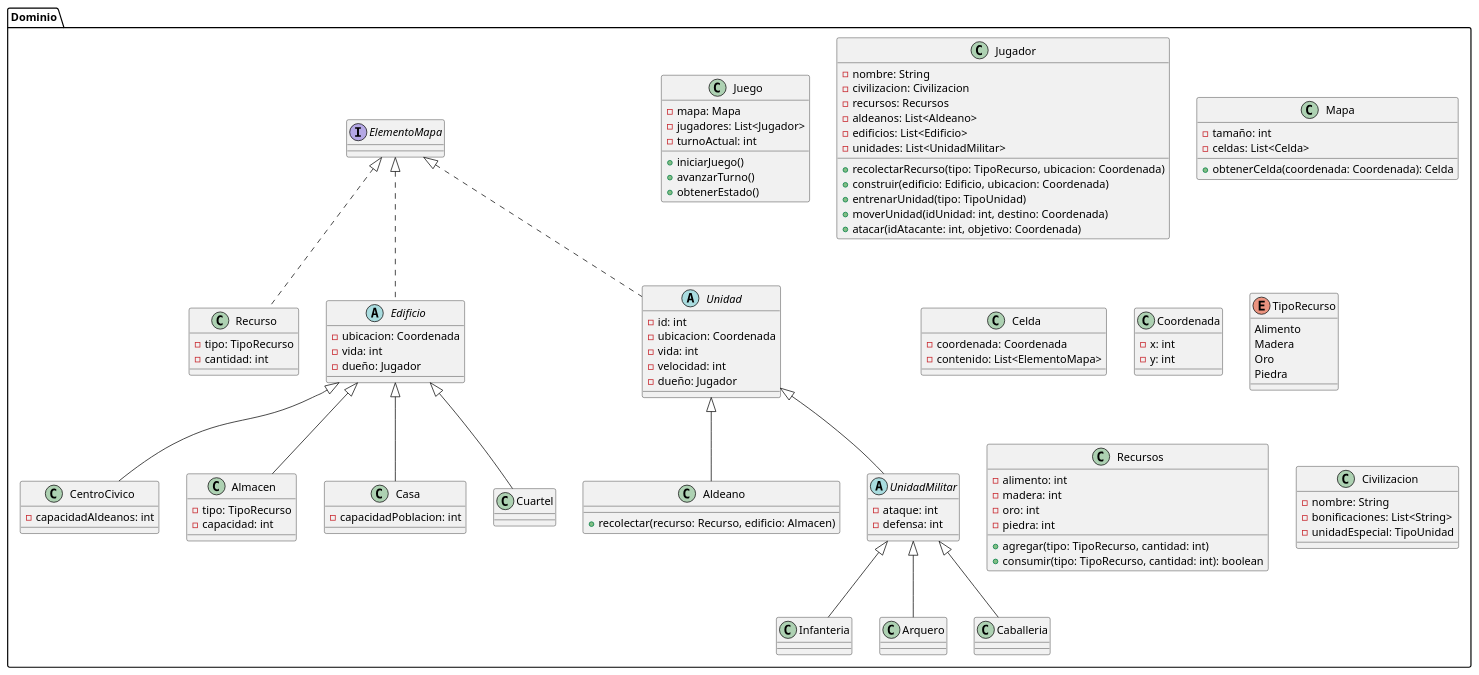
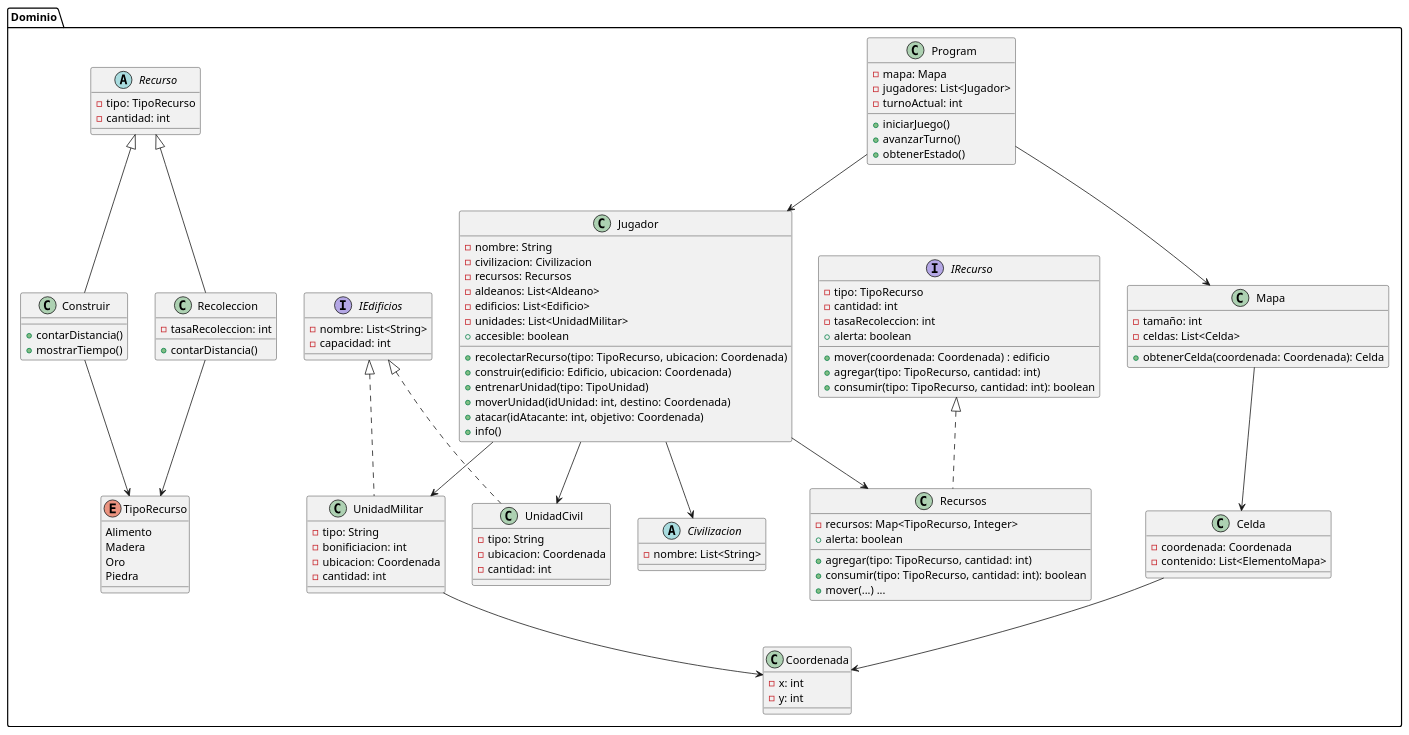
One commit to mcaetano7/proyectop22025 changed the diagram in src/scratch.puml. Above: the diagram before and after it, drawn with PlantUML.

Commit message:
version final del uml

```diff
--- a/src/scratch.puml
+++ b/src/scratch.puml
@@ -1,125 +1,126 @@
 @startuml PIIProyecto2025
 
 ' Paquete principal
 package "Dominio" {
     
-    class Juego {
+    class Program {
         - mapa: Mapa
         - jugadores: List<Jugador>
         - turnoActual: int
         + iniciarJuego()
         + avanzarTurno()
         + obtenerEstado()
     }
 
-    class Jugador {
+    class Jugador{
         - nombre: String
         - civilizacion: Civilizacion
         - recursos: Recursos
         - aldeanos: List<Aldeano>
         - edificios: List<Edificio>
         - unidades: List<UnidadMilitar>
         + recolectarRecurso(tipo: TipoRecurso, ubicacion: Coordenada)
         + construir(edificio: Edificio, ubicacion: Coordenada)
         + entrenarUnidad(tipo: TipoUnidad)
         + moverUnidad(idUnidad: int, destino: Coordenada)
         + atacar(idAtacante: int, objetivo: Coordenada)
+        + accesible: boolean
+        + info()
     }
 
     class Mapa {
         - tamaño: int
         - celdas: List<Celda>
         + obtenerCelda(coordenada: Coordenada): Celda
     }
 
-    class Celda {
+    class Celda{
         - coordenada: Coordenada
         - contenido: List<ElementoMapa>
     }
 
     class Coordenada {
         - x: int
         - y: int
     }
 
-    interface ElementoMapa {
-    }
-
-    class Recurso implements ElementoMapa {
+    interface IRecurso {
         - tipo: TipoRecurso
         - cantidad: int
+        - tasaRecoleccion: int
+        + mover(coordenada: Coordenada) : edificio
+        + agregar(tipo: TipoRecurso, cantidad: int)
+        + consumir(tipo: TipoRecurso, cantidad: int): boolean
+        + alerta: boolean 
+        
     }
 
     enum TipoRecurso {
         Alimento
         Madera
-        Oro
+        Oro 
         Piedra
     }
+    
+    abstract class Civilizacion{
+        - nombre: List<String>
+    
+    }
+    
+    interface IEdificios{
+        - nombre: List<String>
+        - capacidad: int 
+    }
+    
+    class UnidadMilitar implements IEdificios {
+        - tipo: String
+        - bonificiacion: int
+        - ubicacion: Coordenada
+        - cantidad: int
+    }
 
-    class Recursos {
-        - alimento: int
-        - madera: int
-        - oro: int
-        - piedra: int
+    
+    class UnidadCivil implements IEdificios{
+        - tipo: String
+        - ubicacion: Coordenada
+        - cantidad: int
+    
+    }
+    
+    class Recursos implements IRecurso {
+        - recursos: Map<TipoRecurso, Integer>
         + agregar(tipo: TipoRecurso, cantidad: int)
         + consumir(tipo: TipoRecurso, cantidad: int): boolean
+        + mover(...) ...
+        + alerta: boolean
     }
-
-    class Civilizacion {
-        - nombre: String
-        - bonificaciones: List<String>
-        - unidadEspecial: TipoUnidad
+    
+    abstract class Recurso {
+    - tipo: TipoRecurso
+    - cantidad: int
     }
-
-    abstract class Edificio implements ElementoMapa {
-        - ubicacion: Coordenada
-        - vida: int
-        - dueño: Jugador
+       
+    class Construir extends Recurso{
+    + contarDistancia()
+    + mostrarTiempo()    
     }
-
-    class CentroCivico extends Edificio {
-        - capacidadAldeanos: int
+    
+    class Recoleccion extends Recurso{
+    - tasaRecoleccion: int
+    + contarDistancia()
     }
-
-    class Almacen extends Edificio {
-        - tipo: TipoRecurso
-        - capacidad: int
-    }
-
-    class Casa extends Edificio {
-        - capacidadPoblacion: int
-    }
-
-    class Cuartel extends Edificio {
-    }
-
-    abstract class Unidad implements ElementoMapa {
-        - id: int
-        - ubicacion: Coordenada
-        - vida: int
-        - velocidad: int
-        - dueño: Jugador
-    }
-
-    class Aldeano extends Unidad {
-        + recolectar(recurso: Recurso, edificio: Almacen)
-    }
-
-    abstract class UnidadMilitar extends Unidad {
-        - ataque: int
-        - defensa: int
-    }
-
-    class Infanteria extends UnidadMilitar {
-    }
-
-    class Arquero extends UnidadMilitar {
-    }
-
-    class Caballeria extends UnidadMilitar {
-    }
-
+  
+  Program --> Mapa
+  Program --> Jugador
+  Mapa --> Celda
+  Jugador --> Civilizacion
+  Jugador --> UnidadMilitar
+  Jugador --> UnidadCivil
+  Jugador --> Recursos
+  Celda --> Coordenada
+  UnidadMilitar --> Coordenada
+  Construir --> TipoRecurso
+  Recoleccion --> TipoRecurso 
 }
 
 @enduml
```
